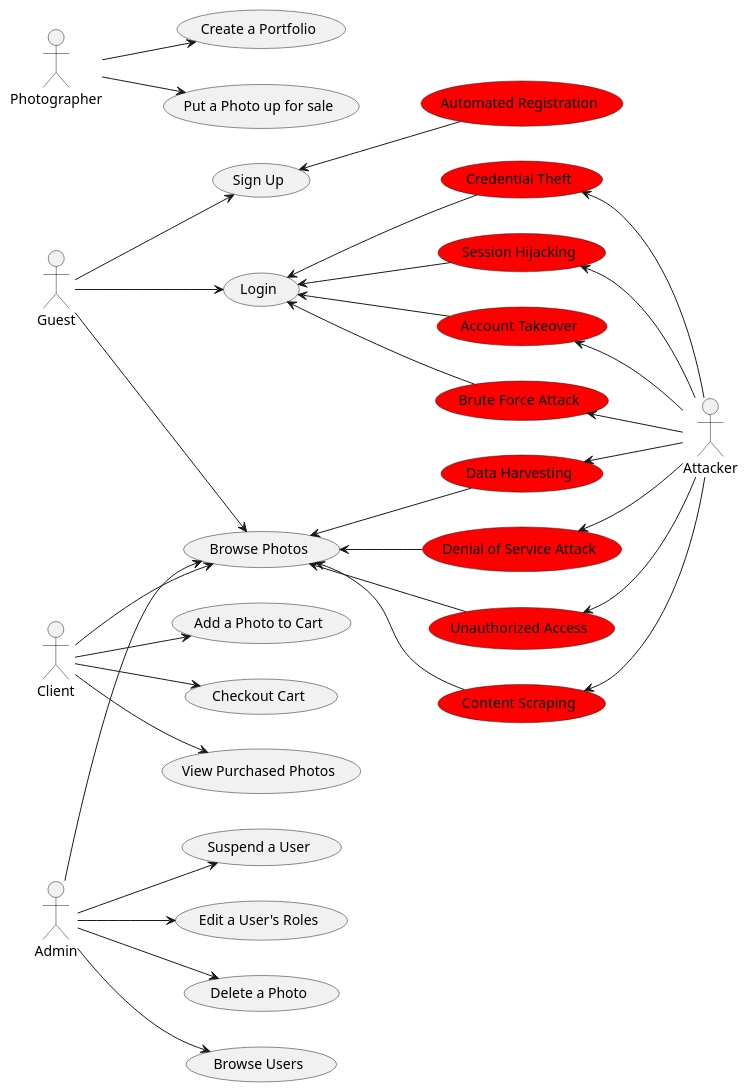
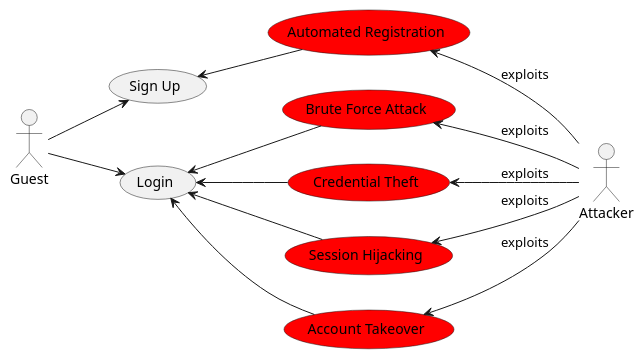
Before and after one commit to mei-desofs/desofs2024_M1D_2: the diagram in docs/AbuseCasesTestPlanning/AbuseCase.puml, drawn with PlantUML. The commit also changed 4 other files, not shown here.

```diff
--- a/docs/AbuseCasesTestPlanning/AbuseCase.puml
+++ b/docs/AbuseCasesTestPlanning/AbuseCase.puml
@@ -1,69 +1,36 @@
 @startuml UseCaseDiagram
 
 left to right direction
 
 actor Guest
-actor Client
-actor Photographer
-actor Admin
+
 actor Attacker
 
 usecase (Sign Up)
 usecase (Login)
-usecase (Browse Photos)
-usecase (Add a Photo to Cart)
-usecase (Checkout Cart)
-usecase (View Purchased Photos)
-usecase (Create a Portfolio)
-usecase (Put a Photo up for sale)
-usecase (Delete a Photo)
-usecase (Browse Users)
-usecase (Suspend a User)
-usecase (Edit a User's Roles)
+
 usecase (Brute Force Attack)#Red
 usecase (Automated Registration) #Red
 usecase (Credential Theft) #Red
 usecase (Session Hijacking) #Red
 usecase (Account Takeover) #Red
-usecase (Unauthorized Access) #Red
-usecase (Content Scraping) #Red
-usecase (Data Harvesting) #Red
-usecase (Denial of Service Attack) #Red
 
 
-(Brute Force Attack)<-- Attacker
-(Credential Theft)<-- Attacker
-(Session Hijacking)<-- Attacker
-(Account Takeover)<-- Attacker
-(Unauthorized Access)<-- Attacker
-(Content Scraping)<-- Attacker
-(Data Harvesting)<-- Attacker
-(Denial of Service Attack)<-- Attacker
+(Automated Registration)<-- Attacker:exploits
+(Brute Force Attack)<-- Attacker:exploits
+(Credential Theft)<-- Attacker:exploits
+(Session Hijacking)<-- Attacker:exploits
+(Account Takeover)<-- Attacker:exploits
+
 (Sign Up) <-- (Automated Registration)
 (Login) <-- (Brute Force Attack)
 (Login) <-- (Credential Theft)
 (Login) <-- (Session Hijacking)
 (Login) <-- (Account Takeover)
-(Browse Photos)<-- (Unauthorized Access)
-(Browse Photos)<-- (Content Scraping)
-(Browse Photos)<-- (Data Harvesting)
-(Browse Photos)<-- (Denial of Service Attack)
+
+Guest --> (Sign Up)
+Guest --> (Login)
 
 
 
-Guest --> (Sign Up)
-Guest --> (Login)
-Guest --> (Browse Photos)
-Client --> (Browse Photos)
-Client --> (Add a Photo to Cart)
-Client --> (Checkout Cart)
-Client --> (View Purchased Photos)
-Photographer --> (Create a Portfolio)
-Photographer --> (Put a Photo up for sale)
-Admin --> (Browse Photos)
-Admin --> (Delete a Photo)
-Admin --> (Browse Users)
-Admin --> (Suspend a User)
-Admin --> (Edit a User's Roles)
-
 @enduml
```
